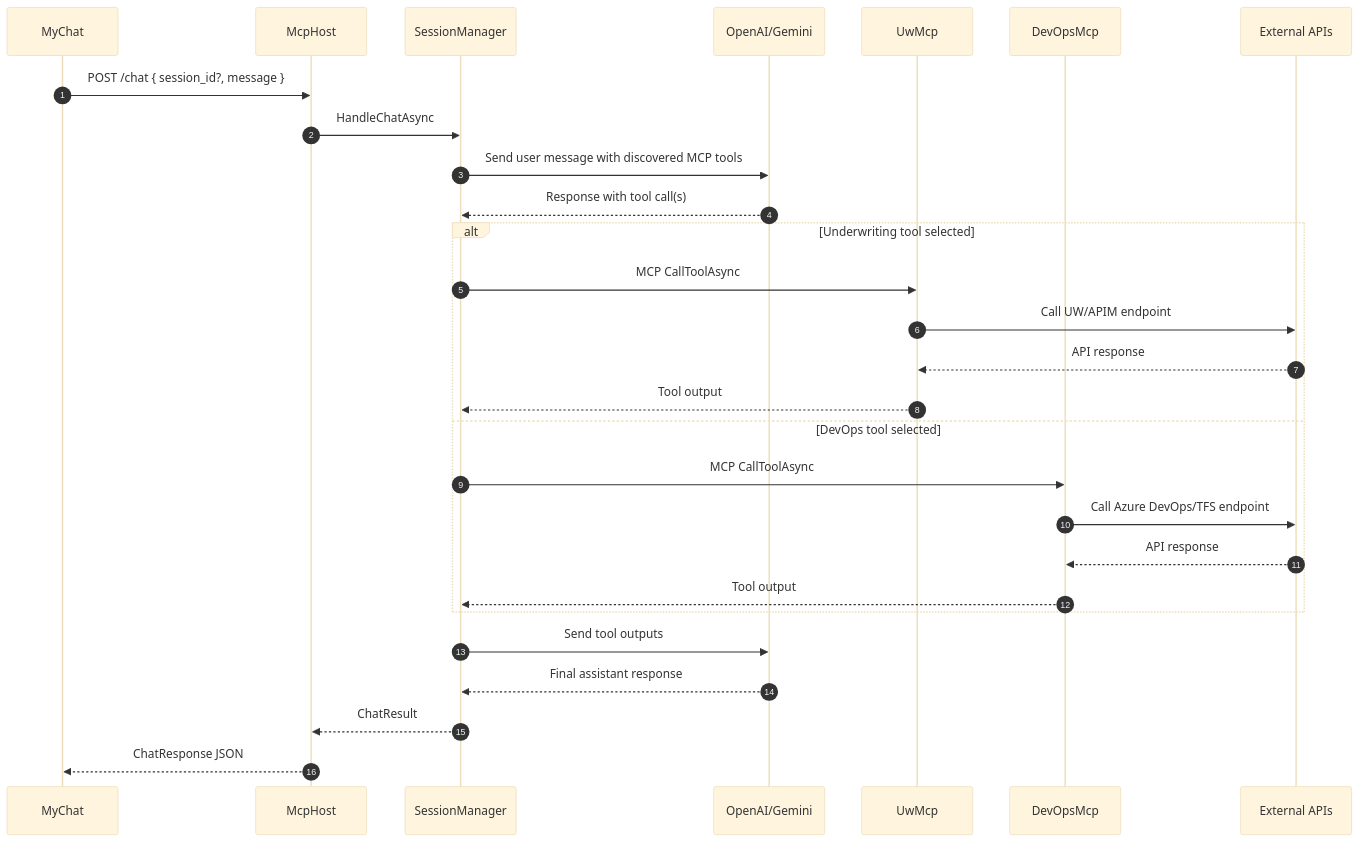
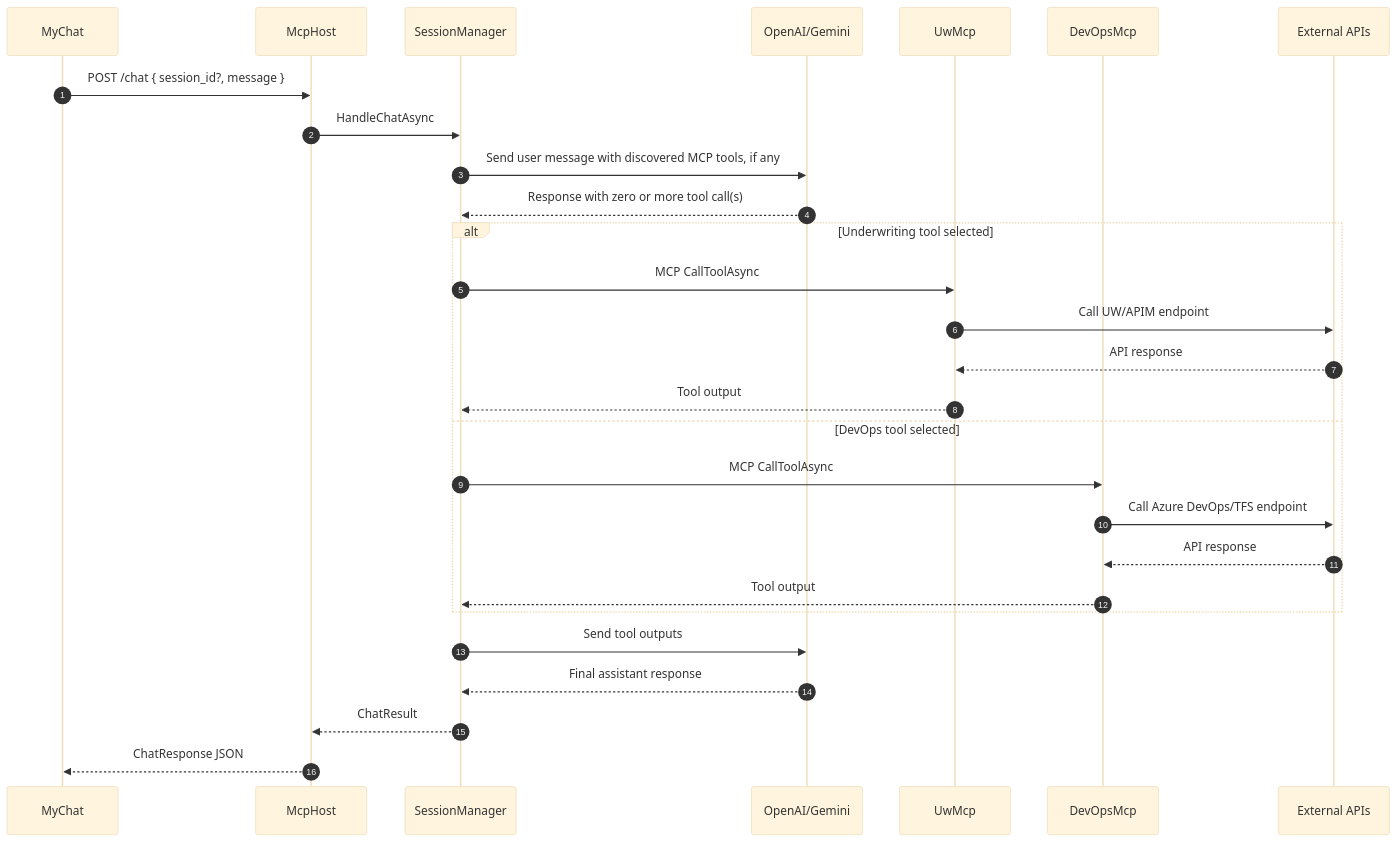
One commit to Danzy-Blue/Multi-MCP-Orchestrator-.NET changed the second of 3 diagrams in docs/backend-platform-design.md. Above: the diagram before and after it, drawn with Mermaid (base theme). The commit also changed other lines of this file and 14 other files, not shown here.

Commit message:
Extract MCP server endpoints and tolerate missing tools/prompts discovery

````diff
--- a/docs/backend-platform-design.md
+++ b/docs/backend-platform-design.md
@@ -75,33 +75,33 @@
 ```mermaid
 sequenceDiagram
     autonumber
     participant UI as MyChat
     participant Host as McpHost
     participant Session as SessionManager
     participant LLM as OpenAI/Gemini
     participant Uw as UwMcp
     participant Dev as DevOpsMcp
     participant Ext as External APIs
 
     UI->>Host: POST /chat { session_id?, message }
     Host->>Session: HandleChatAsync
-    Session->>LLM: Send user message with discovered MCP tools
-    LLM-->>Session: Response with tool call(s)
+    Session->>LLM: Send user message with discovered MCP tools, if any
+    LLM-->>Session: Response with zero or more tool call(s)
 
     alt Underwriting tool selected
         Session->>Uw: MCP CallToolAsync
         Uw->>Ext: Call UW/APIM endpoint
         Ext-->>Uw: API response
         Uw-->>Session: Tool output
     else DevOps tool selected
         Session->>Dev: MCP CallToolAsync
         Dev->>Ext: Call Azure DevOps/TFS endpoint
         Ext-->>Dev: API response
         Dev-->>Session: Tool output
     end
 
     Session->>LLM: Send tool outputs
     LLM-->>Session: Final assistant response
     Session-->>Host: ChatResult
     Host-->>UI: ChatResponse JSON
 ```
````
